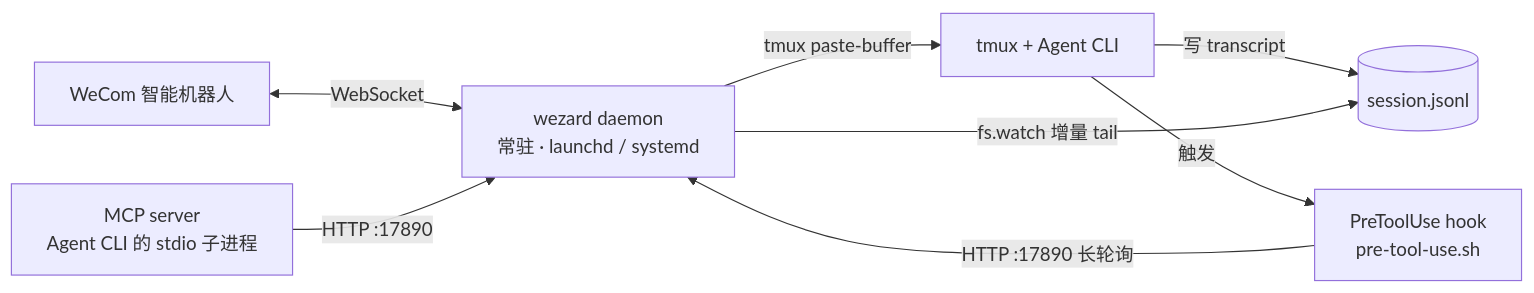
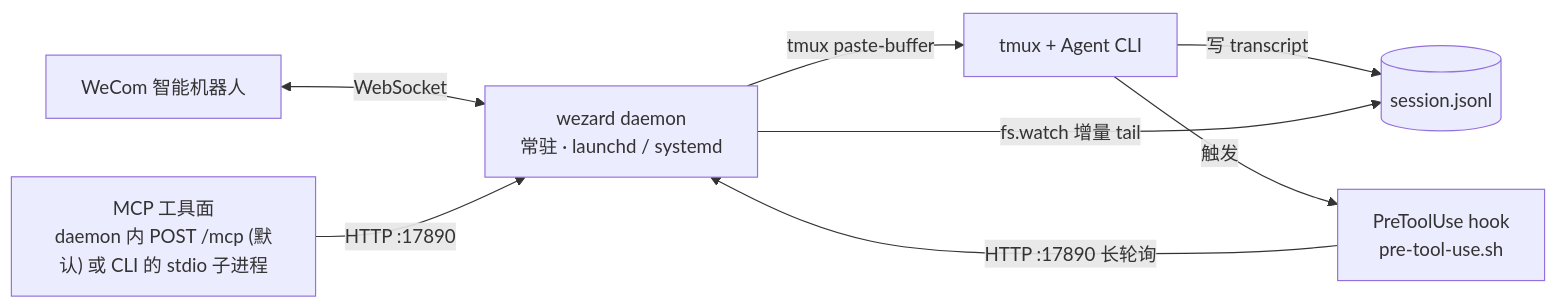
Before and after one commit to guxi11/wezard: the first of 13 diagrams in 技术说明.md, drawn with Mermaid. The commit also changed other lines of this file and 3 other files, not shown here.

````diff
--- a/技术说明.md
+++ b/技术说明.md
@@ -13,10 +13,10 @@
 ```mermaid
 flowchart LR
     wecom["WeCom 智能机器人"] <-- WebSocket --> daemon["wezard daemon<br/>常驻 · launchd / systemd"]
     hook["PreToolUse hook<br/>pre-tool-use.sh"] -- "HTTP :17890 长轮询" --> daemon
-    mcp["MCP server<br/>Agent CLI 的 stdio 子进程"] -- "HTTP :17890" --> daemon
+    mcp["MCP 工具面<br/>daemon 内 POST /mcp (默认) 或 CLI 的 stdio 子进程"] -- "HTTP :17890" --> daemon
     daemon -- "tmux paste-buffer" --> cli["tmux + Agent CLI"]
     cli -- "写 transcript" --> jsonl[("session.jsonl")]
     daemon -- "fs.watch 增量 tail" --> jsonl
     cli -- 触发 --> hook
 ```
````
